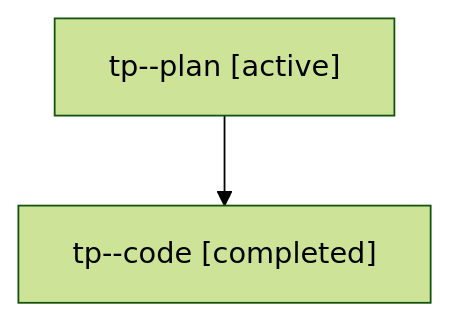
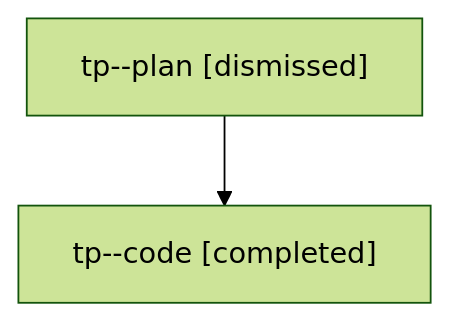
Before and after one commit to bobs-org/bob-cli--agents: the diagram in sessions/bbugyi200.athena.tp.md, drawn with Mermaid (forest theme). The commit also changed other lines of this file and 40 other files, not shown here.

````diff
--- a/sessions/bbugyi200.athena.tp.md
+++ b/sessions/bbugyi200.athena.tp.md
@@ -9,6 +9,6 @@
 ```mermaid
 flowchart TD
-  n0["tp--plan [active]"]
+  n0["tp--plan [dismissed]"]
   n1["tp--code [completed]"]
   n0 --> n1
 ```
````
